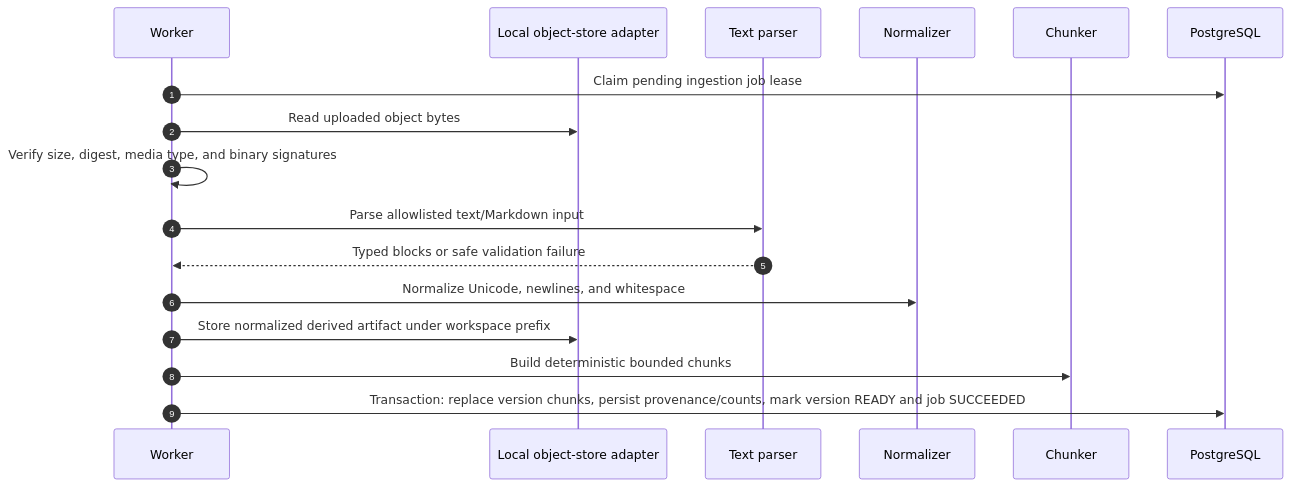
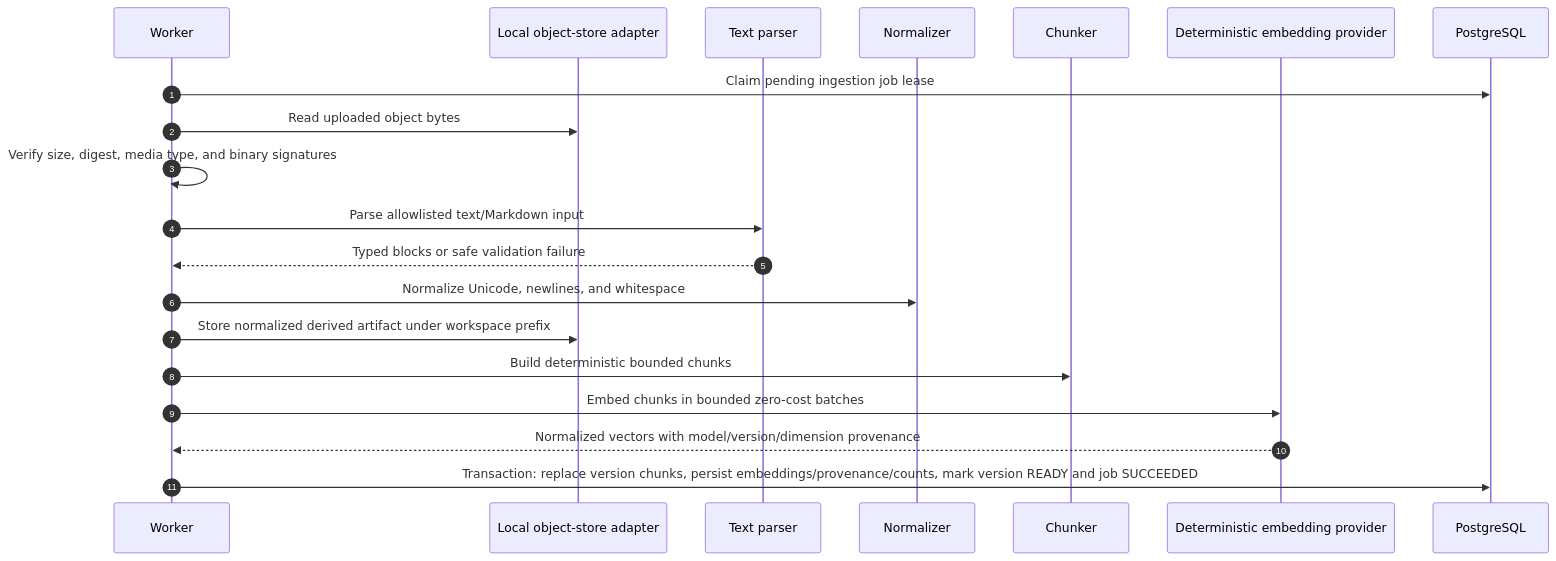
Before and after one commit to codevoks/atlas-ai: the seventh of 13 diagrams in docs/system-design-visuals.md, drawn with Mermaid. The commit also changed other lines of this file and 32 other files, not shown here.

````diff
--- a/docs/system-design-visuals.md
+++ b/docs/system-design-visuals.md
@@ -190,20 +191,23 @@
 ```mermaid
 sequenceDiagram
     autonumber
     participant K as Worker
     participant O as Local object-store adapter
     participant P as Text parser
     participant N as Normalizer
     participant C as Chunker
+    participant E as Deterministic embedding provider
     participant D as PostgreSQL
 
     K->>D: Claim pending ingestion job lease
     K->>O: Read uploaded object bytes
     K->>K: Verify size, digest, media type, and binary signatures
     K->>P: Parse allowlisted text/Markdown input
     P-->>K: Typed blocks or safe validation failure
     K->>N: Normalize Unicode, newlines, and whitespace
     K->>O: Store normalized derived artifact under workspace prefix
     K->>C: Build deterministic bounded chunks
-    K->>D: Transaction: replace version chunks, persist provenance/counts, mark version READY and job SUCCEEDED
+    K->>E: Embed chunks in bounded zero-cost batches
+    E-->>K: Normalized vectors with model/version/dimension provenance
+    K->>D: Transaction: replace version chunks, persist embeddings/provenance/counts, mark version READY and job SUCCEEDED
 ```
````
